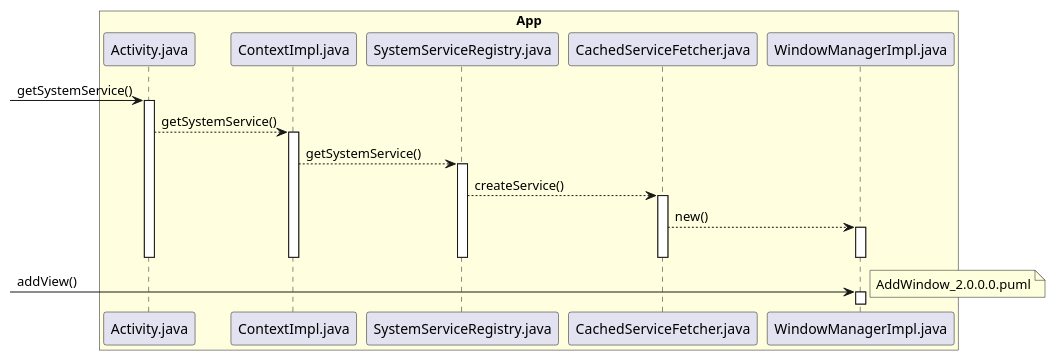
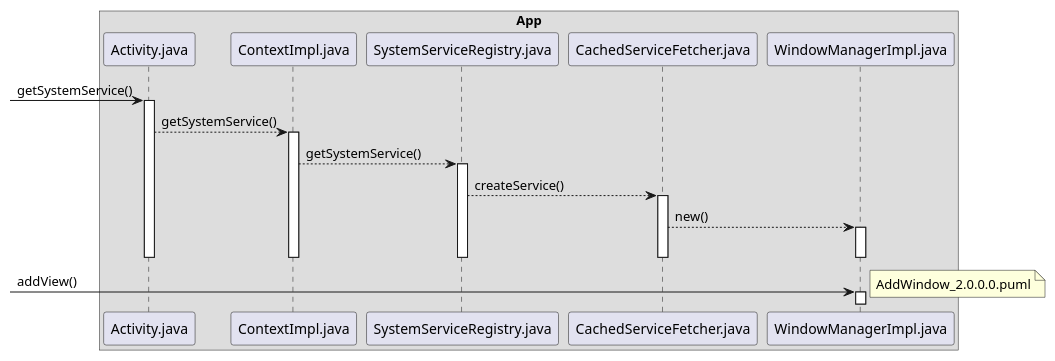
Before and after one commit to javalive09/UML: the diagram in android11/addwindow/AddWindow_1.0.0.0.0.puml, drawn with PlantUML. The commit also changed 24 other files, not shown here.

Commit message:
update uml

```diff
--- a/android11/addwindow/AddWindow_1.0.0.0.0.puml
+++ b/android11/addwindow/AddWindow_1.0.0.0.0.puml
@@ -1,31 +1,31 @@
 @startuml
-box "App" #LightYellow
+box "App"
 participant Activity.java
 participant ContextImpl.java
 participant SystemServiceRegistry.java
 participant CachedServiceFetcher.java
 participant WindowManagerImpl.java
 end box
 
 -> Activity.java: getSystemService()
 activate Activity.java
 Activity.java --> ContextImpl.java: getSystemService()
 activate ContextImpl.java
 ContextImpl.java --> SystemServiceRegistry.java: getSystemService()
 activate SystemServiceRegistry.java
 SystemServiceRegistry.java --> CachedServiceFetcher.java: createService()
 activate CachedServiceFetcher.java
 CachedServiceFetcher.java --> WindowManagerImpl.java: new()
 activate WindowManagerImpl.java
 deactivate CachedServiceFetcher.java
 deactivate SystemServiceRegistry.java
 deactivate ContextImpl.java
 deactivate Activity.java
 deactivate WindowManagerImpl.java
 
 -> WindowManagerImpl.java: addView()
 note left:AddWindow_2.0.0.0.puml
 activate WindowManagerImpl.java
 
 
 @enduml
```
